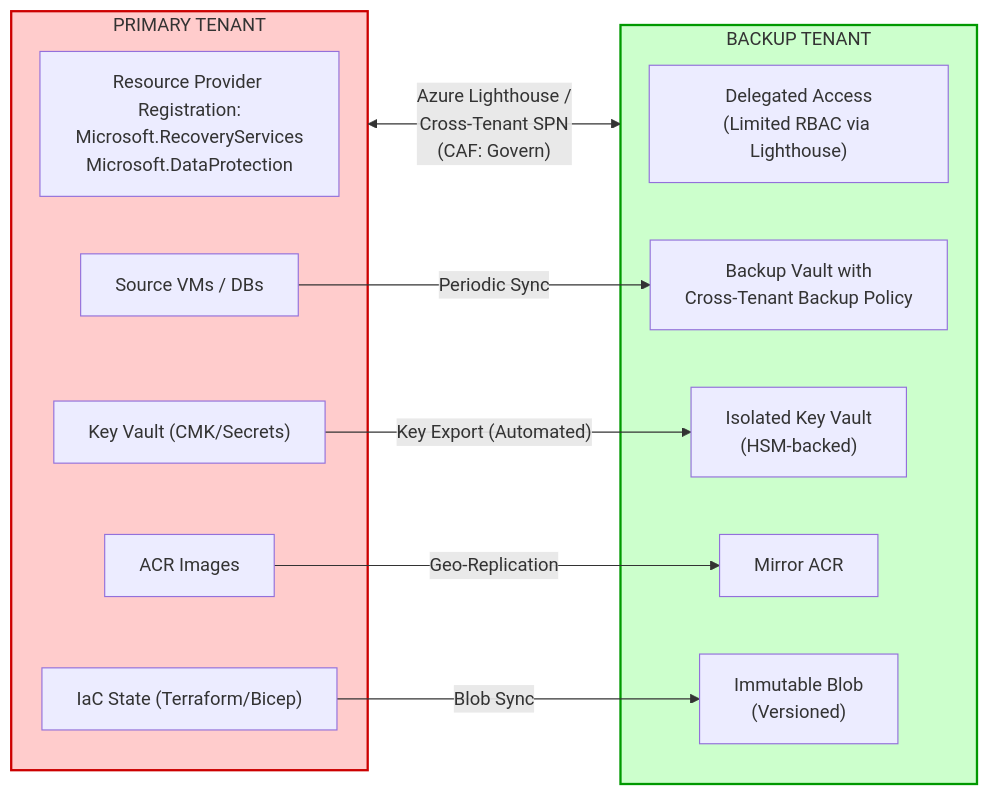
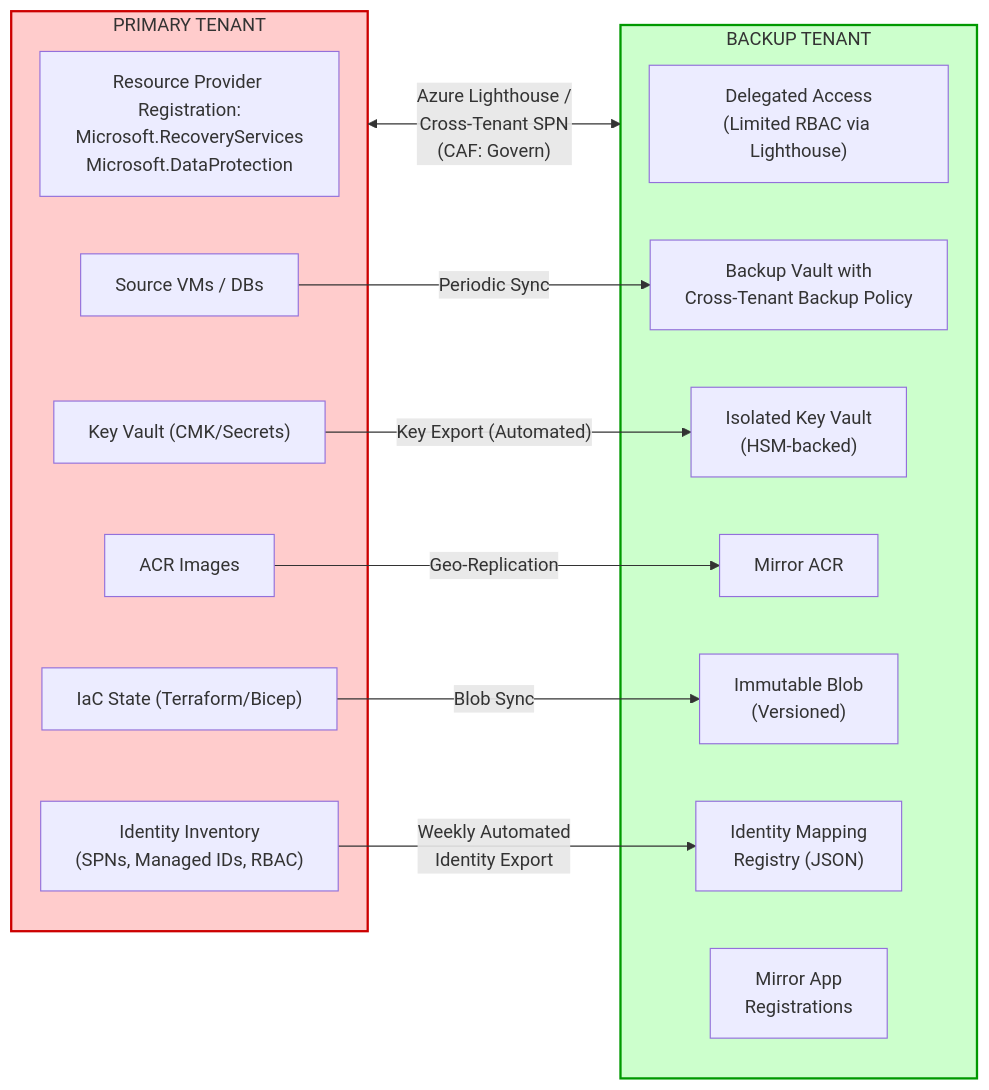
One commit to shaleen-wonder-ent/user-guides changed diagram 11 of 17 in Azure_Entra_Level_Resiliency_architecture.md. Above: the diagram before and after it, drawn with Mermaid. The commit also changed other lines of this file, not shown here.

````diff
--- a/Azure_Entra_Level_Resiliency_architecture.md
+++ b/Azure_Entra_Level_Resiliency_architecture.md
@@ -695,27 +733,31 @@
 ```mermaid
 graph LR
     subgraph PRIMARY["PRIMARY TENANT"]
         P_RP["Resource Provider Registration:<br/>Microsoft.RecoveryServices<br/>Microsoft.DataProtection"]
         P_VMs["Source VMs / DBs"]
         P_KV["Key Vault (CMK/Secrets)"]
         P_ACR["ACR Images"]
         P_IaC["IaC State (Terraform/Bicep)"]
+        P_ID["Identity Inventory<br/>(SPNs, Managed IDs, RBAC)"]
     end
 
     subgraph BACKUP["BACKUP TENANT"]
         B_Access["Delegated Access<br/>(Limited RBAC via Lighthouse)"]
         B_Vault["Backup Vault with<br/>Cross-Tenant Backup Policy"]
         B_KV["Isolated Key Vault<br/>(HSM-backed)"]
         B_ACR["Mirror ACR"]
         B_Blob["Immutable Blob<br/>(Versioned)"]
+        B_IDMap["Identity Mapping<br/>Registry (JSON)"]
+        B_MirrorApps["Mirror App<br/>Registrations"]
     end
 
     PRIMARY <-->|"Azure Lighthouse /<br/>Cross-Tenant SPN<br/>(CAF: Govern)"| BACKUP
     P_VMs -->|"Periodic Sync"| B_Vault
     P_KV -->|"Key Export (Automated)"| B_KV
     P_ACR -->|"Geo-Replication"| B_ACR
     P_IaC -->|"Blob Sync"| B_Blob
+    P_ID -->|"Weekly Automated<br/>Identity Export"| B_IDMap
 
     style PRIMARY fill:#ffcccc,stroke:#cc0000,stroke-width:2px
     style BACKUP fill:#ccffcc,stroke:#009900,stroke-width:2px
 ```
````
